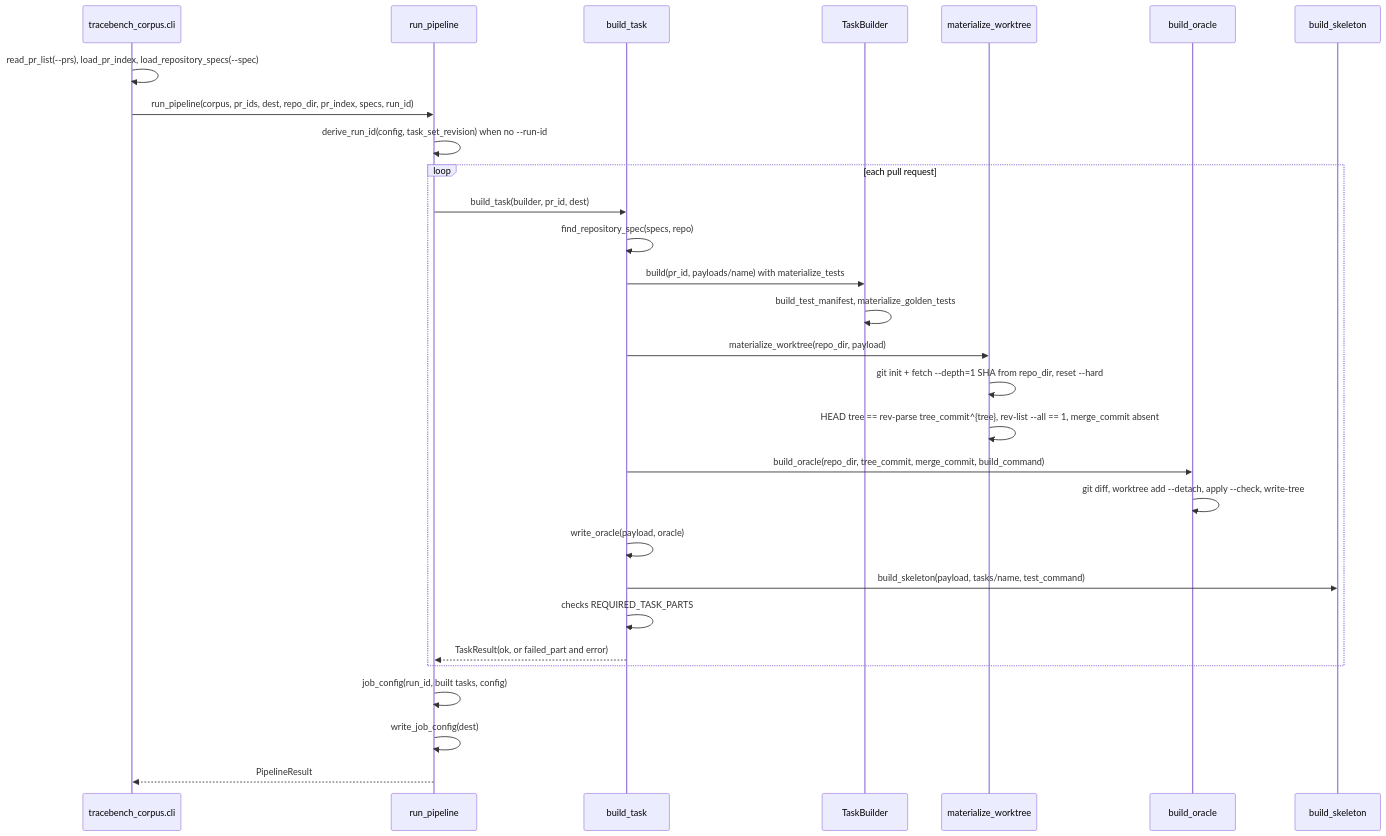
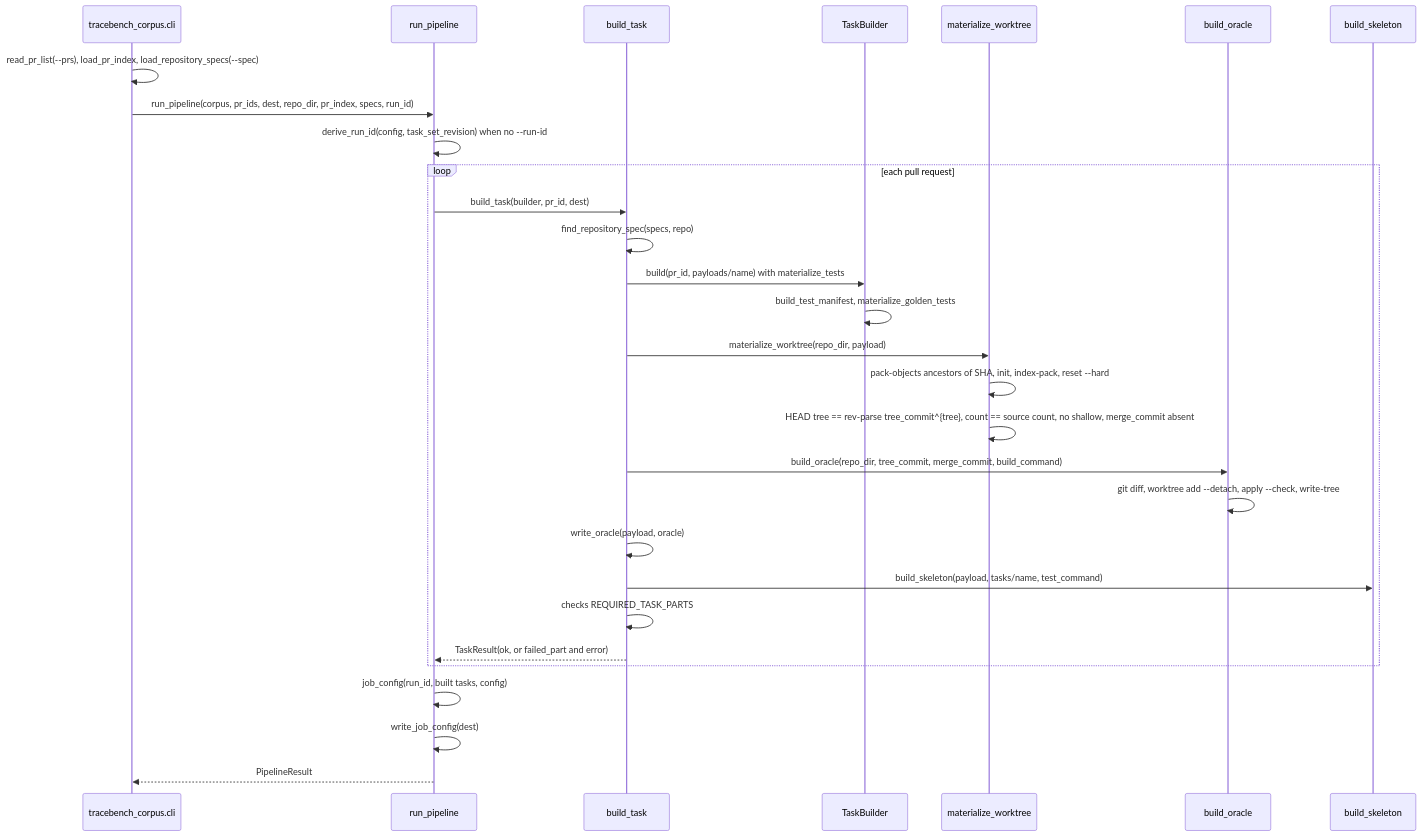
Diagram 13 of 15 in docs/architecture.md (dayvidpham/TraceBench), drawn with Mermaid before and after one commit. The commit also changed other lines of this file and 8 other files, not shown here.

````diff
--- a/docs/architecture.md
+++ b/docs/architecture.md
@@ -777,31 +777,31 @@
 ```mermaid
 sequenceDiagram
   participant cli as tracebench_corpus.cli
   participant pl as run_pipeline
   participant bt as build_task
   participant tb as TaskBuilder
   participant wt as materialize_worktree
   participant orc as build_oracle
   participant sk as build_skeleton
   cli->>cli: read_pr_list(--prs), load_pr_index, load_repository_specs(--spec)
   cli->>pl: run_pipeline(corpus, pr_ids, dest, repo_dir, pr_index, specs, run_id)
   pl->>pl: derive_run_id(config, task_set_revision) when no --run-id
   loop each pull request
     pl->>bt: build_task(builder, pr_id, dest)
     bt->>bt: find_repository_spec(specs, repo)
     bt->>tb: build(pr_id, payloads/name) with materialize_tests
     tb->>tb: build_test_manifest, materialize_golden_tests
     bt->>wt: materialize_worktree(repo_dir, payload)
-    wt->>wt: git init + fetch --depth=1 SHA from repo_dir, reset --hard
-    wt->>wt: HEAD tree == rev-parse tree_commit^{tree}, rev-list --all == 1, merge_commit absent
+    wt->>wt: pack-objects ancestors of SHA, init, index-pack, reset --hard
+    wt->>wt: HEAD tree == rev-parse tree_commit^{tree}, count == source count, no shallow, merge_commit absent
     bt->>orc: build_oracle(repo_dir, tree_commit, merge_commit, build_command)
     orc->>orc: git diff, worktree add --detach, apply --check, write-tree
     bt->>bt: write_oracle(payload, oracle)
     bt->>sk: build_skeleton(payload, tasks/name, test_command)
     bt->>bt: checks REQUIRED_TASK_PARTS
     bt-->>pl: TaskResult(ok, or failed_part and error)
   end
   pl->>pl: job_config(run_id, built tasks, config)
   pl->>pl: write_job_config(dest)
   pl-->>cli: PipelineResult
 ```
````
